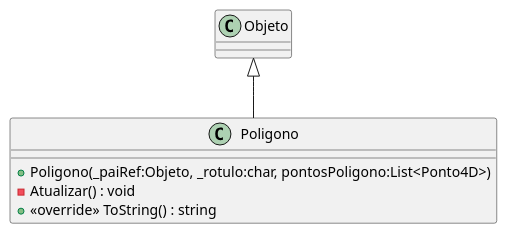
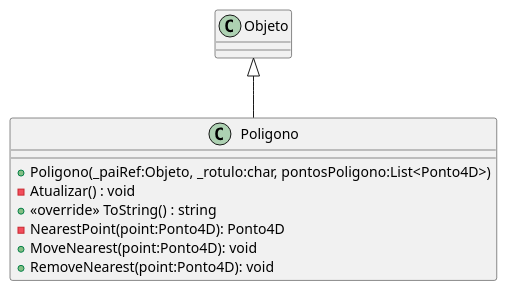
One commit to gcgfurb/CG_2025-1_not_equipe-01 changed the diagram in Unidade3/CG_N3_Exemplo/plantuml/Poligono.puml. Above: the diagram before and after it, drawn with PlantUML. The commit also changed 6 other files, not shown here.

Commit message:
alterado diagrama

```diff
--- a/Unidade3/CG_N3_Exemplo/plantuml/Poligono.puml
+++ b/Unidade3/CG_N3_Exemplo/plantuml/Poligono.puml
@@ -1,8 +1,11 @@
 @startuml Poligono
 class Poligono {
     + Poligono(_paiRef:Objeto, _rotulo:char, pontosPoligono:List<Ponto4D>)
     - Atualizar() : void
     + <<override>> ToString() : string
+    - NearestPoint(point:Ponto4D): Ponto4D
+    + MoveNearest(point:Ponto4D): void
+    + RemoveNearest(point:Ponto4D): void
 }
 Objeto <|-- Poligono
 @enduml
```
